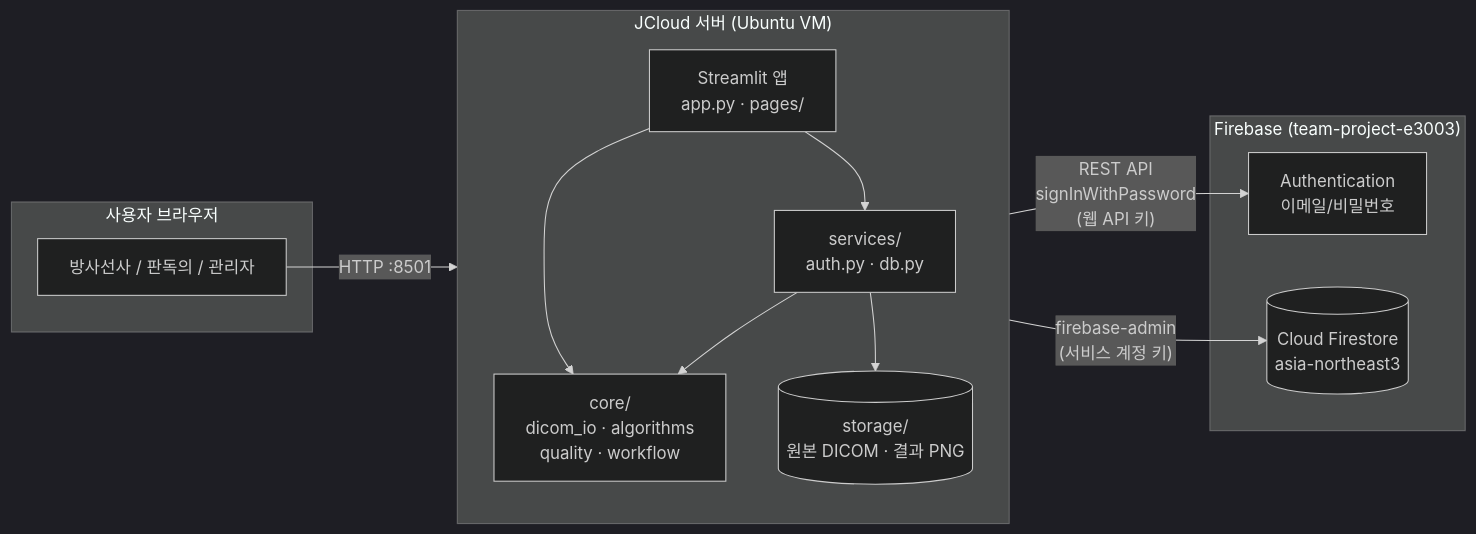
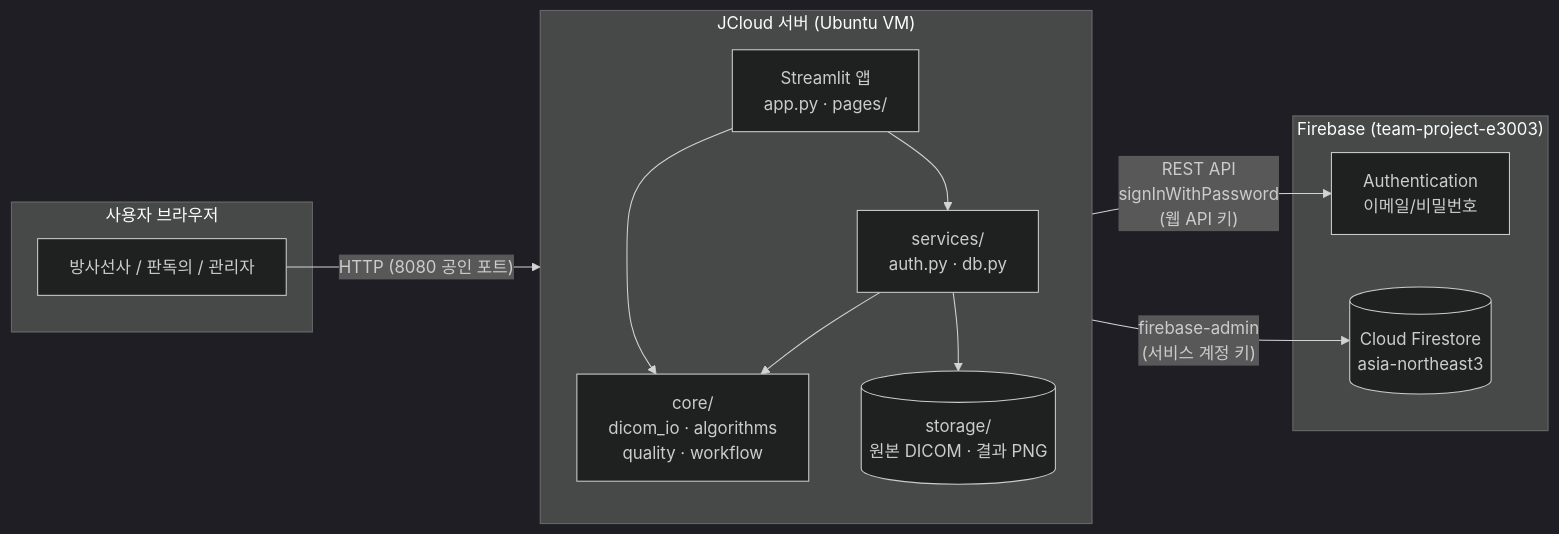
The first of 6 diagrams in docs/architecture.md (HyangnamDexter/Team_Project), drawn with Mermaid (dark theme) before and after one commit. The commit also changed other lines of this file and 2 other files, not shown here.

````diff
--- a/docs/architecture.md
+++ b/docs/architecture.md
@@ -7,27 +7,27 @@
 ```mermaid
 flowchart LR
     subgraph Client["사용자 브라우저"]
         U["방사선사 / 판독의 / 관리자"]
     end
 
     subgraph JCloud["JCloud 서버 (Ubuntu VM)"]
         direction TB
         ST["Streamlit 앱<br/>app.py · pages/"]
         SV["services/<br/>auth.py · db.py"]
         CO["core/<br/>dicom_io · algorithms<br/>quality · workflow"]
         FS[("storage/<br/>원본 DICOM · 결과 PNG")]
         ST --> SV
         ST --> CO
         SV --> CO
         SV --> FS
     end
 
     subgraph Firebase["Firebase (team-project-e3003)"]
         AU["Authentication<br/>이메일/비밀번호"]
         DB[("Cloud Firestore<br/>asia-northeast3")]
     end
 
-    U -- "HTTP :8501" --> ST
+    U -- "HTTP (8080 공인 포트)" --> ST
     SV -- "REST API<br/>signInWithPassword<br/>(웹 API 키)" --> AU
     SV -- "firebase-admin<br/>(서비스 계정 키)" --> DB
 ```
````
